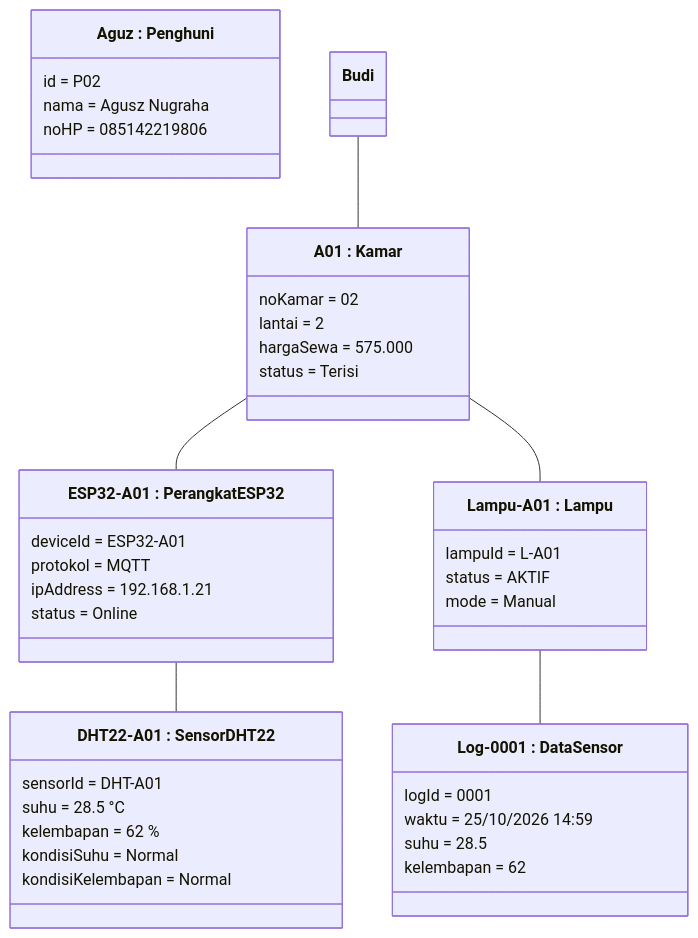
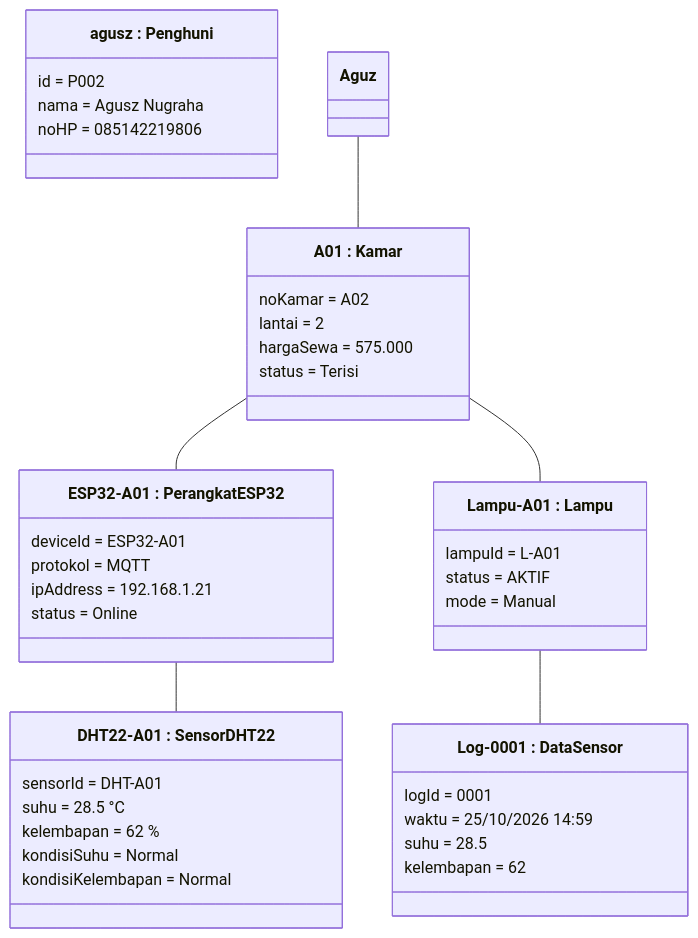
Before and after one commit to RPLUNIT032026/rental-room-digitaltwin: the diagram in diagram_uml.md/04_object.diagram.md, drawn with Mermaid.

Commit message:
Modify UML diagram class names and attributes
Updated class names and attributes in UML diagram.

````diff
--- a/diagram_uml.md/04_object.diagram.md
+++ b/diagram_uml.md/04_object.diagram.md
@@ -3,51 +3,51 @@
 ```mermaid
 classDiagram
     direction TB
 
-    class Agusz["Aguz : Penghuni"] {
-        id = P02
+    class agusz["agusz : Penghuni"] {
+        id = P002
         nama = Agusz Nugraha
         noHP = 085142219806
     }
 
     class KamarA01["A01 : Kamar"] {
-        noKamar = 02
+        noKamar = A02
         lantai = 2
         hargaSewa = 575.000
         status = Terisi
     }
 
     class Esp32["ESP32-A01 : PerangkatESP32"] {
         deviceId = ESP32-A01
         protokol = MQTT
         ipAddress = 192.168.1.21
         status = Online
     }
 
     class Dht22["DHT22-A01 : SensorDHT22"] {
         sensorId = DHT-A01
         suhu = 28.5 °C
         kelembapan = 62 %
         kondisiSuhu = Normal
         kondisiKelembapan = Normal
     }
 
     class Lampu["Lampu-A01 : Lampu"] {
         lampuId = L-A01
         status = AKTIF
         mode = Manual
     }
 
     class Log["Log-0001 : DataSensor"] {
         logId = 0001
         waktu = 25/10/2026 14:59
         suhu = 28.5
         kelembapan = 62
     }
 
-    Budi -- KamarA01
+    Aguz -- KamarA01
     KamarA01 -- Esp32
     Esp32 -- Dht22
     KamarA01 -- Lampu
     Lampu -- Log
 ```
````
